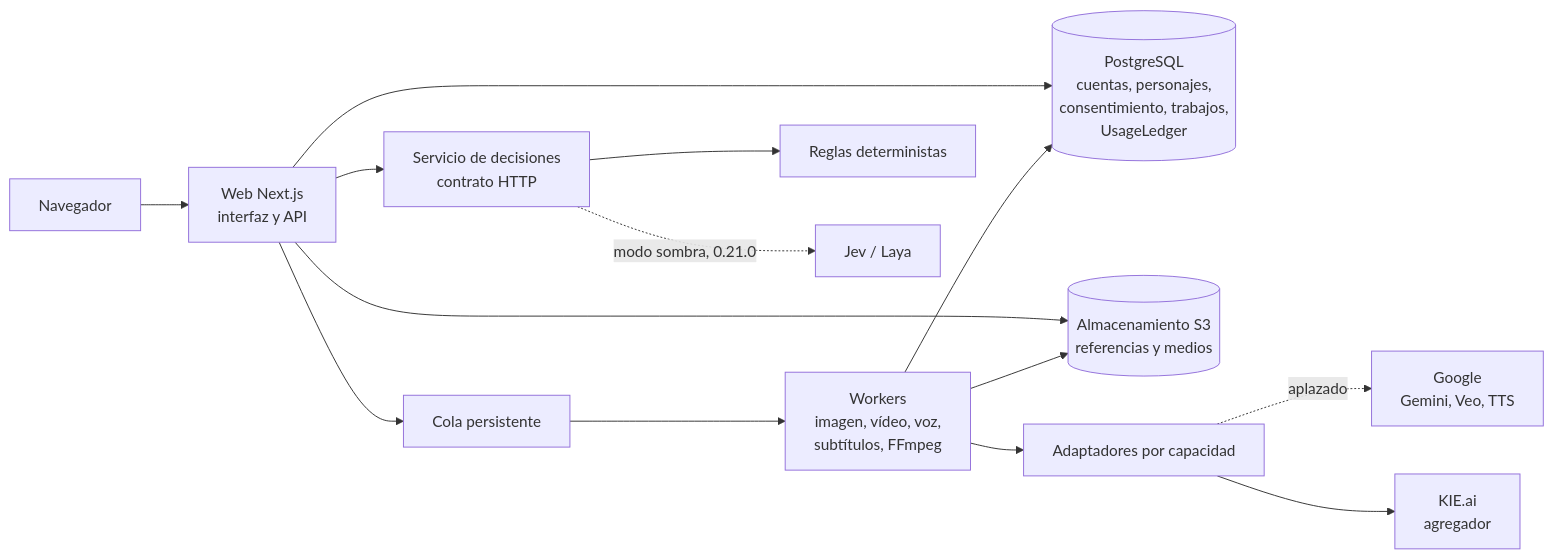
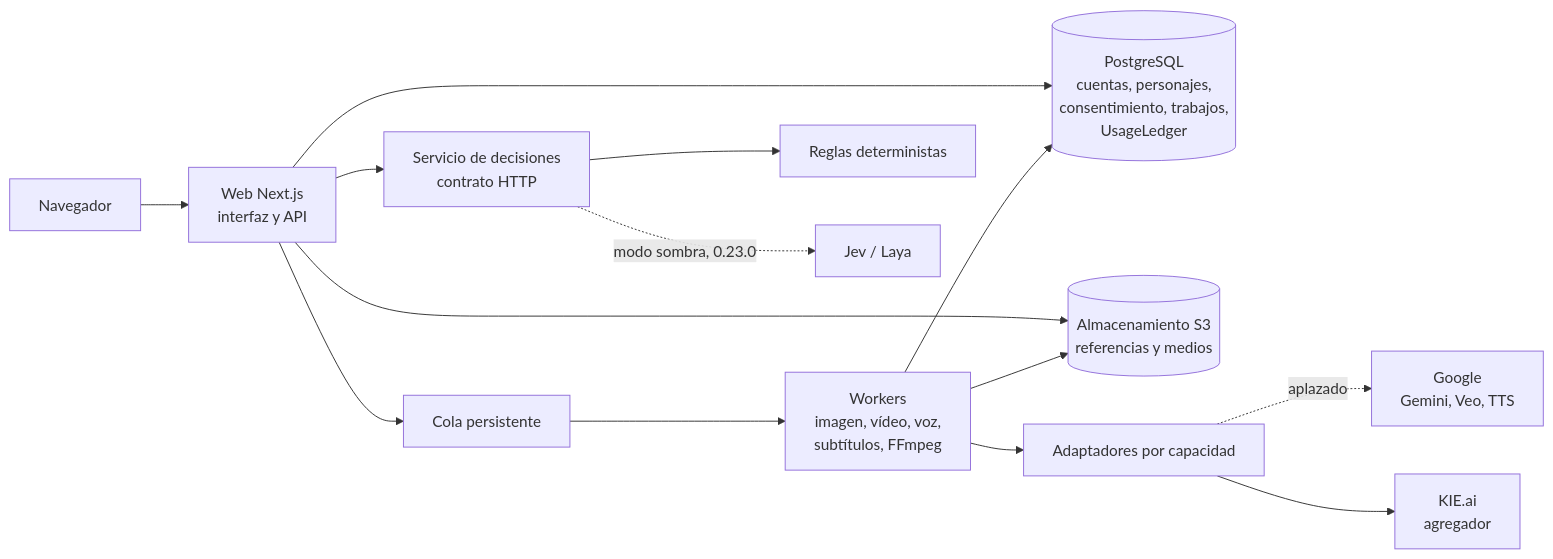
One commit to yosnap/escenara changed the diagram in docs/arquitectura/vision-arquitectura.md. Above: the diagram before and after it, drawn with Mermaid. The commit also changed other lines of this file and 8 other files, not shown here.

````diff
--- a/docs/arquitectura/vision-arquitectura.md
+++ b/docs/arquitectura/vision-arquitectura.md
@@ -7,16 +7,16 @@
 ```mermaid
 flowchart LR
     U[Navegador] --> W[Web Next.js<br/>interfaz y API]
     W --> DB[(PostgreSQL<br/>cuentas, personajes,<br/>consentimiento, trabajos,<br/>UsageLedger)]
     W --> S3[(Almacenamiento S3<br/>referencias y medios)]
     W --> Q[Cola persistente]
     Q --> WK[Workers<br/>imagen, vídeo, voz,<br/>subtítulos, FFmpeg]
     WK --> AD[Adaptadores por capacidad]
     AD -.->|aplazado| G[Google<br/>Gemini, Veo, TTS]
     AD --> K[KIE.ai<br/>agregador]
     W --> DEC[Servicio de decisiones<br/>contrato HTTP]
     DEC --> R[Reglas deterministas]
-    DEC -.->|modo sombra, 0.21.0| J[Jev / Laya]
+    DEC -.->|modo sombra, 0.23.0| J[Jev / Laya]
     WK --> DB
     WK --> S3
 ```
````
